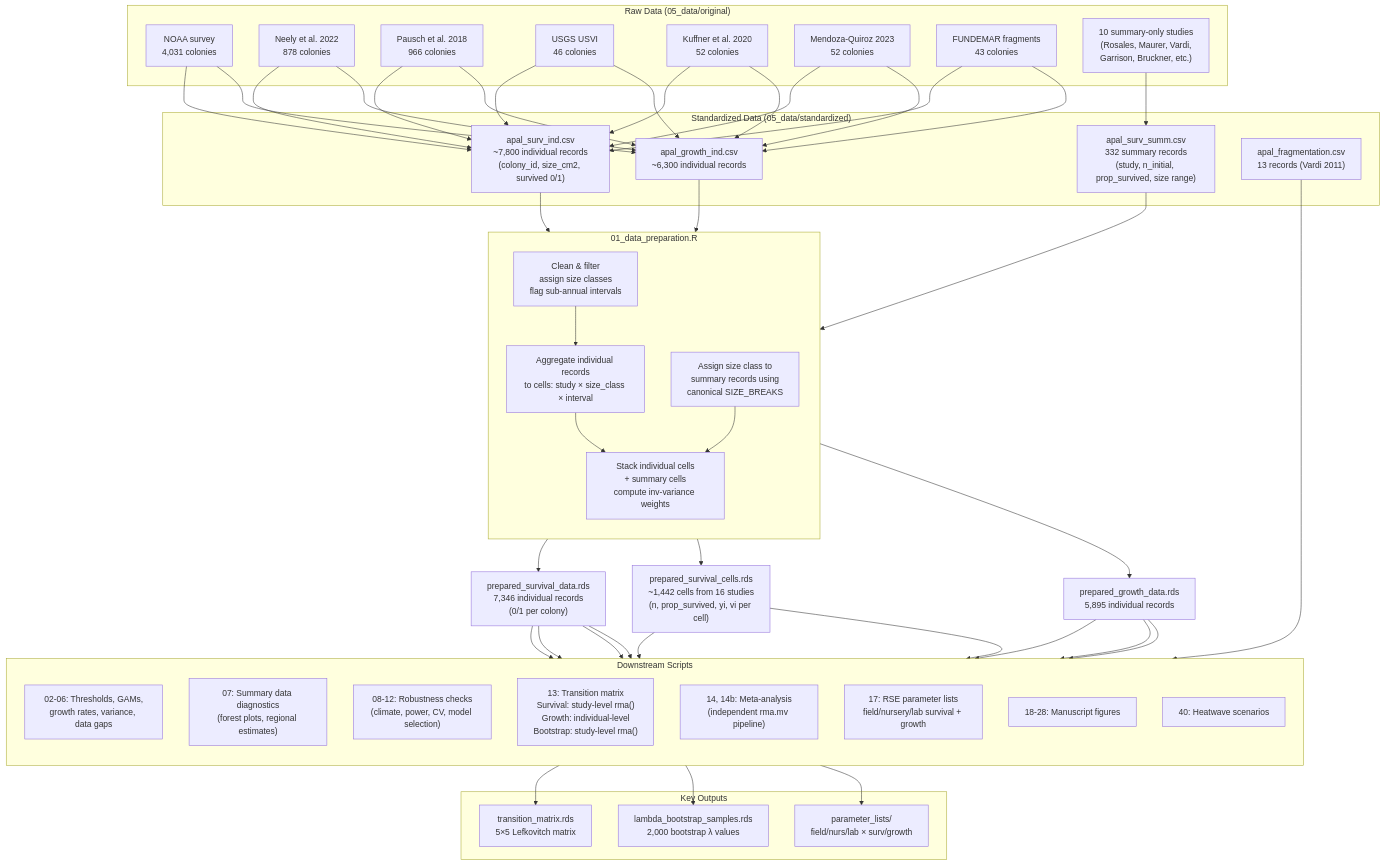
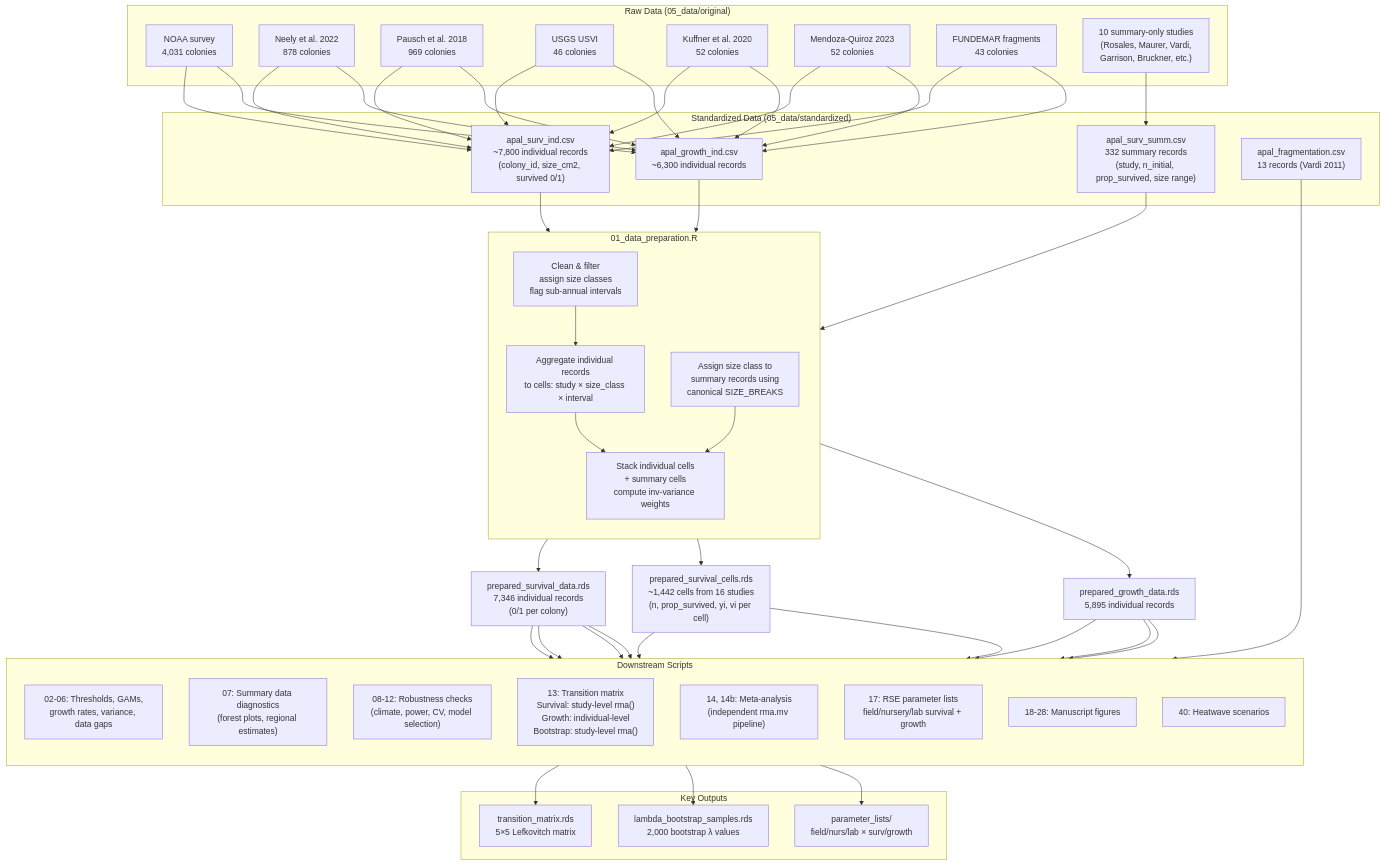
One commit to stier-lab/rse-2025-detmer-apalmata-rse-parameters changed the first of 2 diagrams in 04_extraction/data_flow_diagram.md. Above: the diagram before and after it, drawn with Mermaid. The commit also changed 38 other files, not shown here.

First line of the commit message:
Fix all remaining audit issues: renv.lock, sample sizes, fig numbering, overdispersion

````diff
--- a/04_extraction/data_flow_diagram.md
+++ b/04_extraction/data_flow_diagram.md
@@ -7,74 +7,74 @@
 ```mermaid
 flowchart TB
     subgraph raw["Raw Data (05_data/original)"]
         NOAA["NOAA survey<br/>4,031 colonies"]
         Neely["Neely et al. 2022<br/>878 colonies"]
-        Pausch["Pausch et al. 2018<br/>966 colonies"]
+        Pausch["Pausch et al. 2018<br/>969 colonies"]
         USGS["USGS USVI<br/>46 colonies"]
         Kuffner["Kuffner et al. 2020<br/>52 colonies"]
         Mendoza["Mendoza-Quiroz 2023<br/>52 colonies"]
         Fundemar["FUNDEMAR fragments<br/>43 colonies"]
         SummStudies["10 summary-only studies<br/>(Rosales, Maurer, Vardi,<br/>Garrison, Bruckner, etc.)"]
     end
 
     subgraph standardized["Standardized Data (05_data/standardized)"]
         IndCSV["apal_surv_ind.csv<br/>~7,800 individual records<br/>(colony_id, size_cm2, survived 0/1)"]
         SummCSV["apal_surv_summ.csv<br/>332 summary records<br/>(study, n_initial, prop_survived, size range)"]
         GrowthCSV["apal_growth_ind.csv<br/>~6,300 individual records"]
         FragCSV["apal_fragmentation.csv<br/>13 records (Vardi 2011)"]
     end
 
     NOAA & Neely & Pausch & USGS & Kuffner & Mendoza & Fundemar --> IndCSV
     SummStudies --> SummCSV
     NOAA & Neely & Pausch & USGS & Kuffner & Mendoza & Fundemar --> GrowthCSV
 
     subgraph prep["01_data_preparation.R"]
         direction TB
         Clean["Clean & filter<br/>assign size classes<br/>flag sub-annual intervals"]
         Aggregate["Aggregate individual records<br/>to cells: study × size_class × interval"]
         AssignSC["Assign size class to<br/>summary records using<br/>canonical SIZE_BREAKS"]
         Stack["Stack individual cells<br/>+ summary cells<br/>compute inv-variance weights"]
     end
 
     IndCSV --> Clean
     Clean --> PrepSurv["prepared_survival_data.rds<br/>7,346 individual records<br/>(0/1 per colony)"]
     Clean --> Aggregate
     SummCSV --> AssignSC
     Aggregate & AssignSC --> Stack
     Stack --> PrepCells["prepared_survival_cells.rds<br/>~1,442 cells from 16 studies<br/>(n, prop_survived, yi, vi per cell)"]
     GrowthCSV --> Clean
     Clean --> PrepGrowth["prepared_growth_data.rds<br/>5,895 individual records"]
 
     subgraph consumers["Downstream Scripts"]
         direction TB
         Script02["02-06: Thresholds, GAMs,<br/>growth rates, variance, data gaps"]
         Script07["07: Summary data diagnostics<br/>(forest plots, regional estimates)"]
         Script08["08-12: Robustness checks<br/>(climate, power, CV, model selection)"]
         Script13["13: Transition matrix<br/>Survival: study-level rma()<br/>Growth: individual-level<br/>Bootstrap: study-level rma()"]
         Script14["14, 14b: Meta-analysis<br/>(independent rma.mv pipeline)"]
         Script17["17: RSE parameter lists<br/>field/nursery/lab survival + growth"]
         Script18["18-28: Manuscript figures"]
         Script40["40: Heatwave scenarios"]
     end
 
     PrepSurv --> Script02
     PrepSurv --> Script07
     PrepSurv --> Script08
     PrepSurv --> Script18
     PrepCells --> Script13
     PrepCells --> Script17
     PrepGrowth --> Script13
     PrepGrowth --> Script17
     PrepGrowth --> Script18
     FragCSV --> Script13
 
     subgraph outputs["Key Outputs"]
         Matrix["transition_matrix.rds<br/>5×5 Lefkovitch matrix"]
         Lambda["lambda_bootstrap_samples.rds<br/>2,000 bootstrap λ values"]
         ParamLists["parameter_lists/<br/>field/nurs/lab × surv/growth"]
     end
 
     Script13 --> Matrix
     Script13 --> Lambda
     Script17 --> ParamLists
 ```
````
